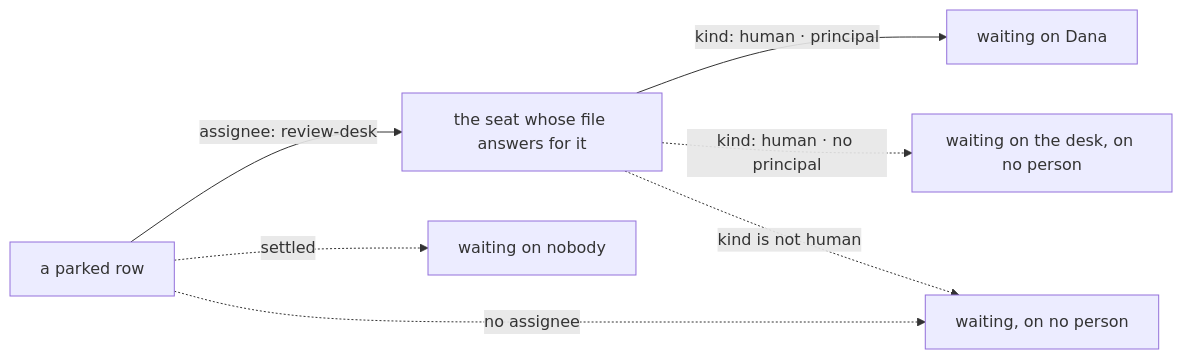
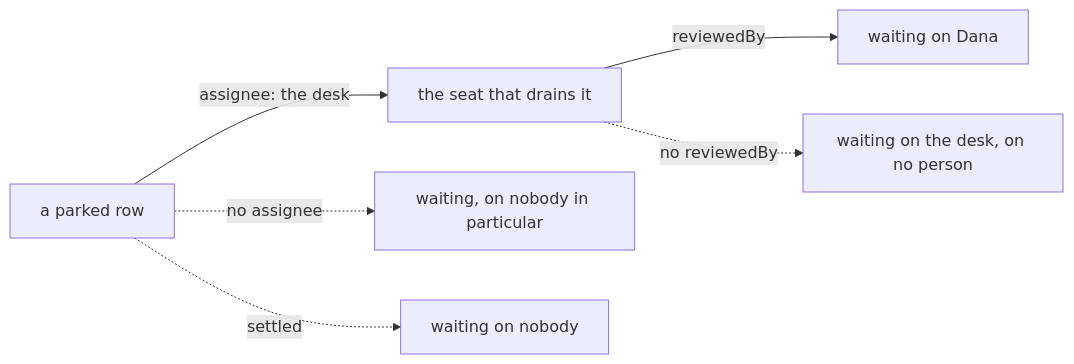
Before and after one commit to fixpoint-labs/flow-state-dev: the diagram in spec/FIX-1458/BUSINESS-RULES.md, drawn with Mermaid. The commit also changed other lines of this file and 19 other files, not shown here.

````diff
--- a/spec/FIX-1458/BUSINESS-RULES.md
+++ b/spec/FIX-1458/BUSINESS-RULES.md
@@ -37,9 +49,8 @@
 ```mermaid
 flowchart LR
-  R["a parked row"] -->|"assignee: review-desk"| S["the seat whose file answers for it"]
-  S -->|"kind: human · principal"| P["waiting on Dana"]
-  S -.->|"kind: human · no principal"| D["waiting on the desk, on no person"]
-  S -.->|"kind is not human"| N["waiting, on no person"]
-  R -.->|"no assignee"| N
+  R["a parked row"] -->|"assignee: the desk"| S["the seat that drains it"]
+  S -->|"reviewedBy"| P["waiting on Dana"]
+  S -.->|"no reviewedBy"| D["waiting on the desk, on no person"]
+  R -.->|"no assignee"| N["waiting, on nobody in particular"]
   R -.->|"settled"| Z["waiting on nobody"]
 ```
````
